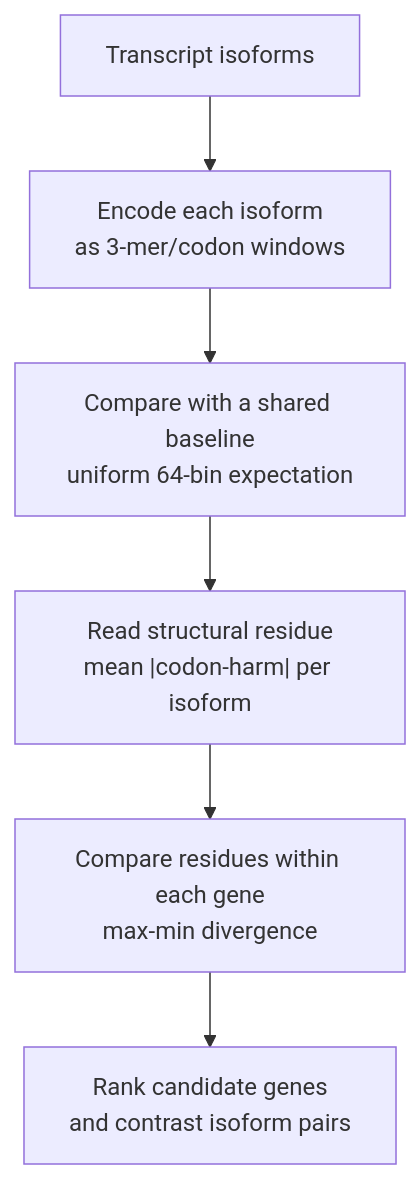
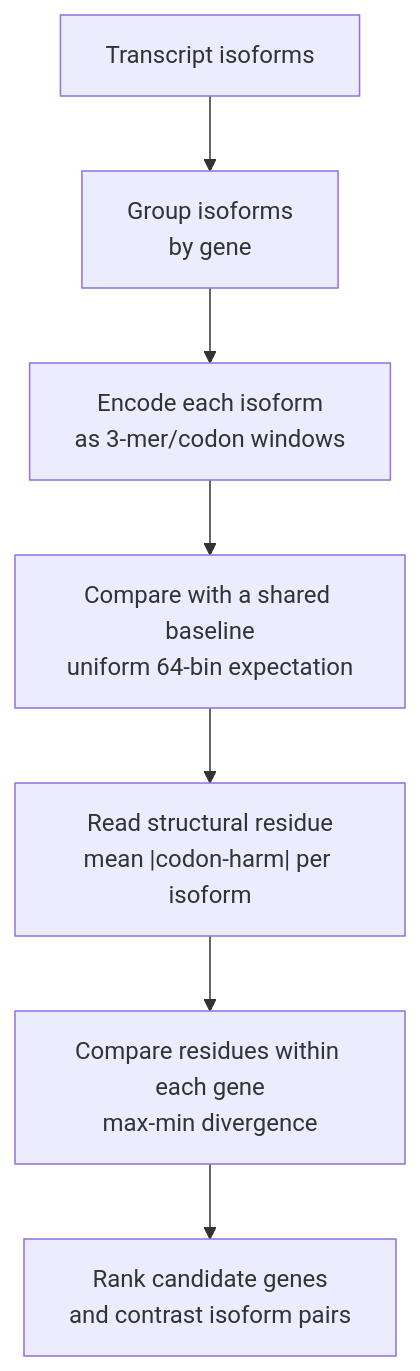
The diagram in README.md (JackeyLGene/NoHarm), drawn with Mermaid before and after one commit. The commit also changed other lines of this file and 5 other files, not shown here.

````diff
--- a/README.md
+++ b/README.md
@@ -15,8 +24,9 @@
 ```mermaid
 flowchart TD
-    A["Transcript isoforms"] --> B["Encode each isoform<br/>as 3-mer/codon windows"]
-    B --> C["Compare with a shared baseline<br/>uniform 64-bin expectation"]
-    C --> D["Read structural residue<br/>mean |codon-harm| per isoform"]
-    D --> E["Compare residues within each gene<br/>max-min divergence"]
-    E --> F["Rank candidate genes<br/>and contrast isoform pairs"]
+    A["Transcript isoforms"] --> B["Group isoforms<br/>by gene"]
+    B --> C["Encode each isoform<br/>as 3-mer/codon windows"]
+    C --> D["Compare with a shared baseline<br/>uniform 64-bin expectation"]
+    D --> E["Read structural residue<br/>mean |codon-harm| per isoform"]
+    E --> F["Compare residues within each gene<br/>max-min divergence"]
+    F --> G["Rank candidate genes<br/>and contrast isoform pairs"]
 ```
````
